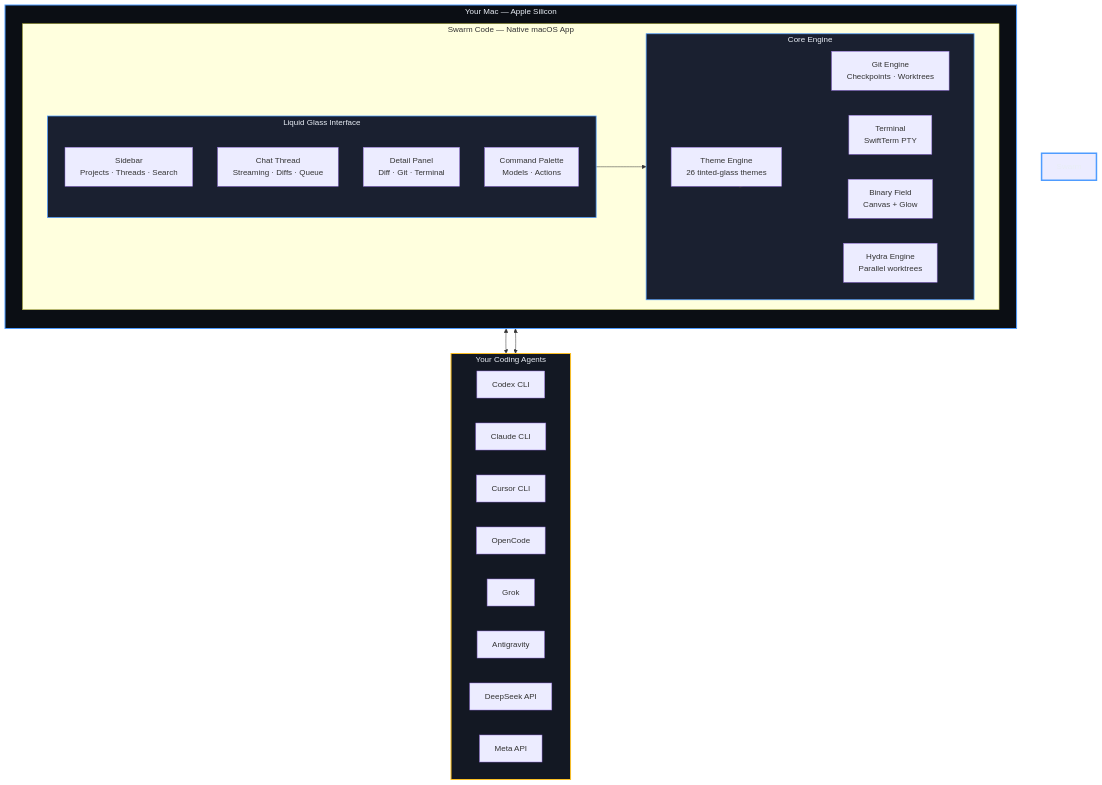
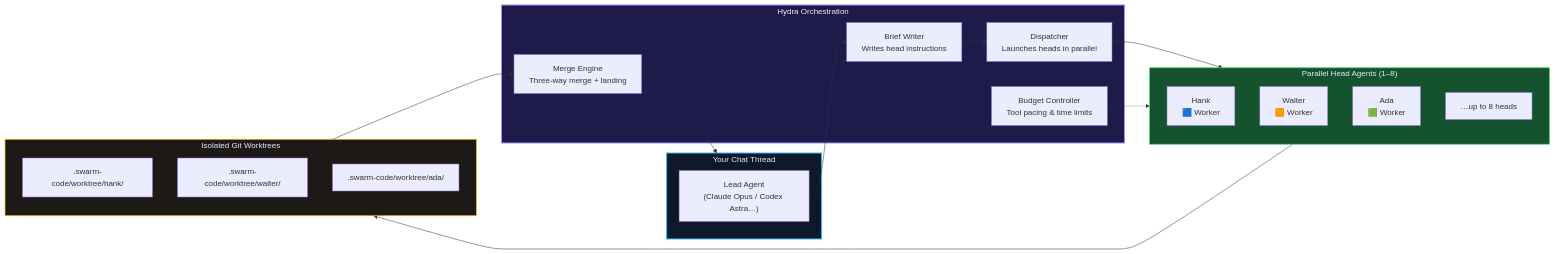
Before and after one commit to soumyachk101/Swarm-Code: the second of 2 diagrams in SwarmCode-Release/README.md, drawn with Mermaid. The commit also changed other lines of this file and 4 other files, not shown here.

````diff
--- a/SwarmCode-Release/README.md
+++ b/SwarmCode-Release/README.md
@@ -95,53 +143,40 @@
 ```mermaid
-graph TB
-    subgraph Mac["Your Mac — Apple Silicon"]
-        direction TB
-        subgraph Swarm Code["Swarm Code — Native macOS App"]
-            direction LR
-            subgraph UI["Liquid Glass Interface"]
-                direction TB
-                Sidebar["Sidebar\nProjects · Threads · Search"]
-                Chat["Chat Thread\nStreaming · Diffs · Queue"]
-                Detail["Detail Panel\nDiff · Git · Terminal"]
-                Palette["Command Palette\nModels · Actions"]
-            end
-            subgraph Engine["Core Engine"]
-                ThemeEngine["Theme Engine\n26 tinted-glass themes"]
-                BinaryField["Binary Field\nCanvas + Glow"]
-                HydraEngine["Hydra Engine\nParallel worktrees"]
-                GitEngine["Git Engine\nCheckpoints · Worktrees"]
-                TerminalEngine["Terminal\nSwiftTerm PTY"]
-            end
-        end
+graph LR
+    subgraph Chat["Your Chat Thread"]
+        Lead["Lead Agent<br/>(Claude Opus / Codex Astra…)"]
     end
 
-    subgraph Agents["Your Coding Agents"]
-        Codex["Codex CLI"]
-        Claude["Claude CLI"]
-        Cursor["Cursor CLI"]
-        OpenCode["OpenCode"]
-        Grok["Grok"]
-        Antigravity["Antigravity"]
-        DeepSeek["DeepSeek API"]
-        Meta["Meta API"]
+    subgraph HydraCore["Hydra Orchestration"]
+        Brief["Brief Writer<br/>Writes head instructions"]
+        Dispatch["Dispatcher<br/>Launches heads in parallel"]
+        Merge["Merge Engine<br/>Three-way merge + landing"]
+        Budget["Budget Controller<br/>Tool pacing & time limits"]
     end
 
-    UI --> Engine
-    Engine --> GitEngine
-    Engine --> TerminalEngine
-    Engine --> ThemeEngine
-    Engine --> BinaryField
-    Engine --> HydraEngine
+    subgraph Heads["Parallel Head Agents (1–8)"]
+        H1["Hank<br/>🟦 Worker"]
+        H2["Walter<br/>🟧 Worker"]
+        H3["Ada<br/>🟩 Worker"]
+        H4["…up to 8 heads"]
+    end
 
-    Chat <--> Agents
-    HydraEngine <--> Agents
+    subgraph Worktrees["Isolated Git Worktrees"]
+        W1[".swarm-code/worktree/hank/"]
+        W2[".swarm-code/worktree/walter/"]
+        W3[".swarm-code/worktree/ada/"]
+    end
 
-    style Mac fill:#0b0e14,stroke:#4f9cff,stroke-width:2px,color:#e8edf5
-    style Swarm Code fill:#131823,stroke:#4f9cff,stroke-width:3px,color:#e8edf5
-    style UI fill:#1a2030,stroke:#4f9cff,stroke-width:1.5px,color:#e8edf5
-    style Engine fill:#1a2030,stroke:#4f9cff,stroke-width:1.5px,color:#e8edf5
-    style Agents fill:#131823,stroke:#fbbf24,stroke-width:2px,color:#e8edf5
+    Lead --> Brief
+    Brief --> Dispatch
+    Dispatch --> Heads
+    Heads --> Worktrees
+    Worktrees --> Merge
+    Merge --> Chat
 
-    class Sidebar,Chat,Detail,Palette,ThemeEngine,BinaryField,HydraEngine,GitEngine,TerminalEngine engineStyle
-    class Codex,Claude,Cursor,OpenCode,Grok,Antigravity,DeepSeek,Meta agentStyle
+    Budget -.-> Heads
+
+    style Chat fill:#0f172a,stroke:#38bdf8,stroke-width:2px,color:#e8edf5
+    style HydraCore fill:#1e1b4b,stroke:#a78bfa,stroke-width:2px,color:#e8edf5
+    style Heads fill:#14532d,stroke:#4ade80,stroke-width:1.5px,color:#e8edf5
+    style Worktrees fill:#1c1917,stroke:#fbbf24,stroke-width:1.5px,color:#e8edf5
 ```
````
